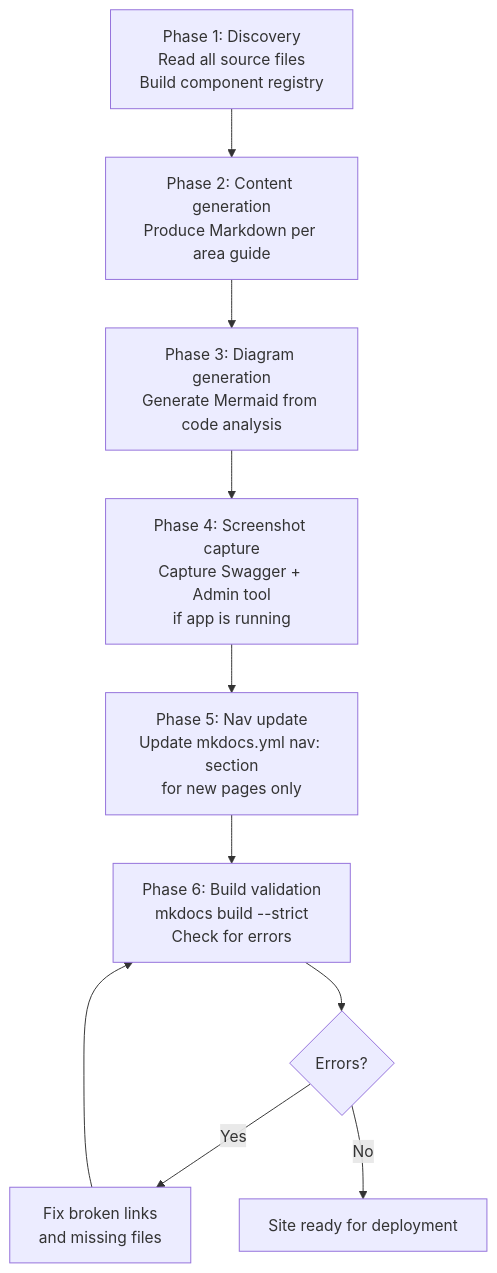
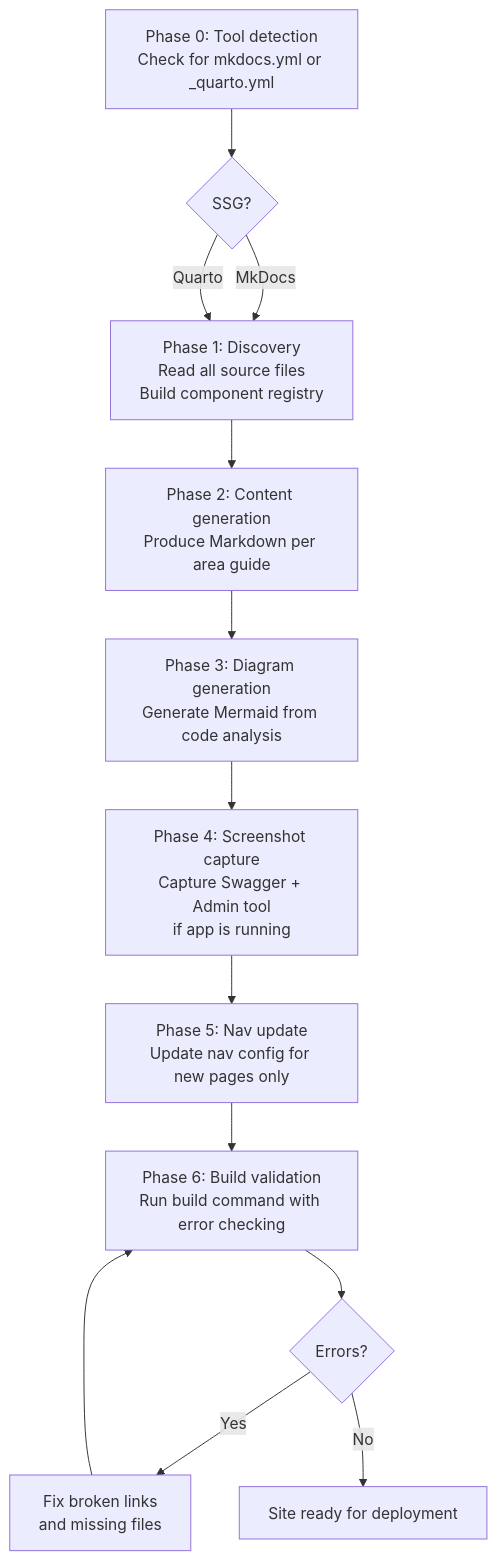
Before and after one commit to darioairoldi/Learn: the second of 2 diagrams in 06.00-idea/autonomous streams/reverse-engineering/10.design-static-site.md, drawn with Mermaid. The commit also changed other lines of this file, not shown here.

````diff
--- a/06.00-idea/autonomous streams/reverse-engineering/10.design-static-site.md
+++ b/06.00-idea/autonomous streams/reverse-engineering/10.design-static-site.md
@@ -734,12 +1123,15 @@
 ```mermaid
 flowchart TD
-  A[Phase 1: Discovery\nRead all source files\nBuild component registry] --> B[Phase 2: Content generation\nProduce Markdown per area guide]
-  B --> C[Phase 3: Diagram generation\nGenerate Mermaid from code analysis]
-  C --> D[Phase 4: Screenshot capture\nCapture Swagger + Admin tool\nif app is running]
-  D --> E[Phase 5: Nav update\nUpdate mkdocs.yml nav: section\nfor new pages only]
-  E --> F[Phase 6: Build validation\nmkdocs build --strict\nCheck for errors]
-  F --> G{Errors?}
-  G -- Yes --> H[Fix broken links\nand missing files]
-  H --> F
-  G -- No --> I[Site ready for deployment]
+  A[Phase 0: Tool detection\nCheck for mkdocs.yml or _quarto.yml] --> B{SSG?}
+  B -- MkDocs --> C[Phase 1: Discovery]
+  B -- Quarto --> C
+  C[Phase 1: Discovery\nRead all source files\nBuild component registry] --> D[Phase 2: Content generation\nProduce Markdown per area guide]
+  D --> E[Phase 3: Diagram generation\nGenerate Mermaid from code analysis]
+  E --> F[Phase 4: Screenshot capture\nCapture Swagger + Admin tool\nif app is running]
+  F --> G[Phase 5: Nav update\nUpdate nav config for new pages only]
+  G --> H[Phase 6: Build validation\nRun build command with error checking]
+  H --> I{Errors?}
+  I -- Yes --> J[Fix broken links\nand missing files]
+  J --> H
+  I -- No --> K[Site ready for deployment]
 ```
````
